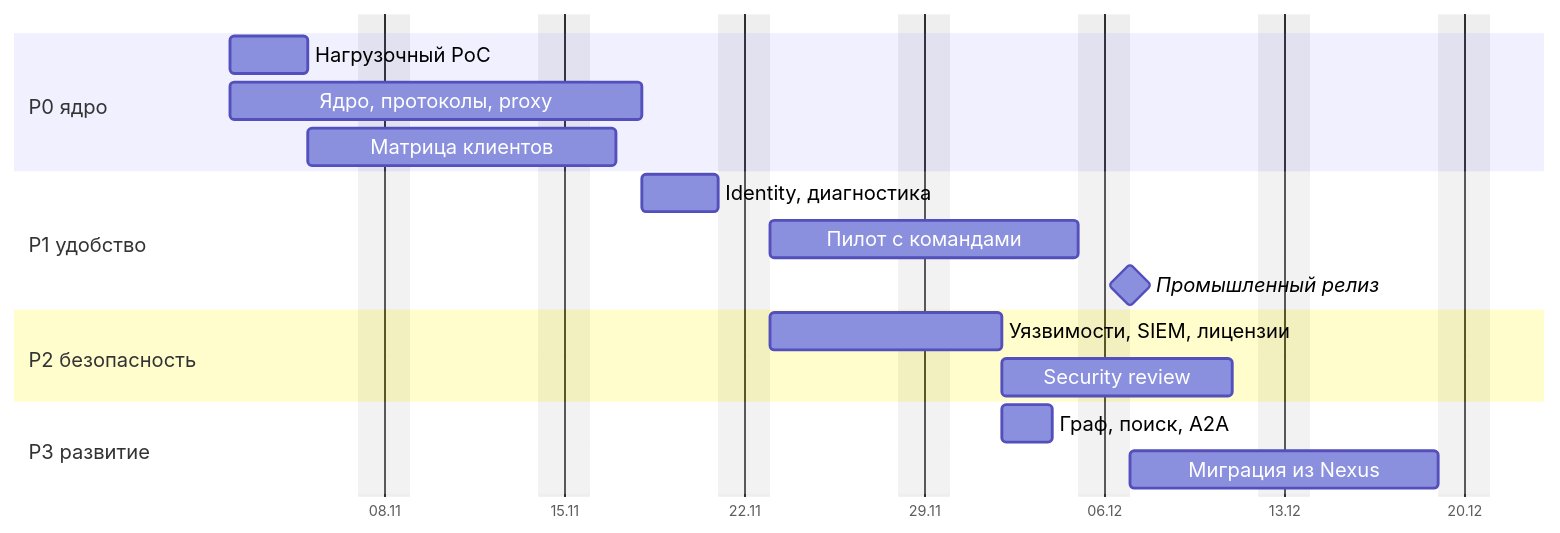
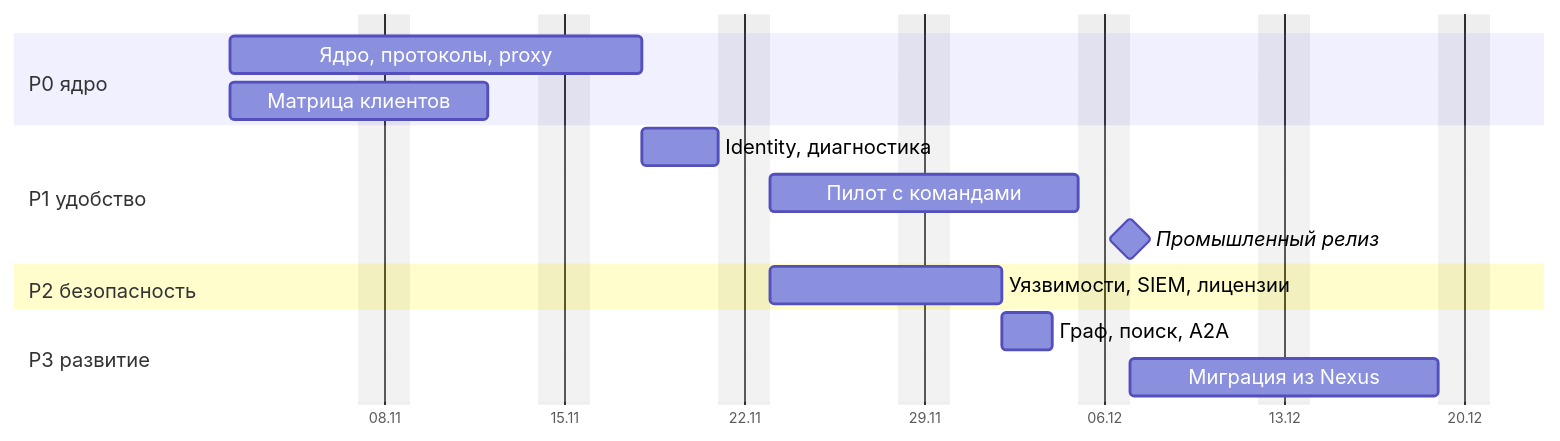
Before and after one commit to izevg/CRANE: the diagram in docs/product/18-plan-team-budget.md, drawn with Mermaid. The commit also changed other lines of this file and 12 other files, not shown here.

First line of the commit message:
docs(roadmap): move load testing and pentest post-v1, support backup and encryption via configuration (#26)

````diff
--- a/docs/product/18-plan-team-budget.md
+++ b/docs/product/18-plan-team-budget.md
@@ -77,22 +78,20 @@
 ```mermaid
 %%{init: {"gantt": {"fontSize": 14, "sectionFontSize": 14, "barHeight": 26, "barGap": 6, "leftPadding": 150}}}%%
 gantt
   todayMarker off
   dateFormat YYYY-MM-DD
   axisFormat %d.%m
   excludes weekends
   section P0 ядро
-  Нагрузочный PoC         :a1, 2026-11-02, 3d
   Ядро, протоколы, proxy  :a2, 2026-11-02, 12d
-  Матрица клиентов        :a3, after a1, 8d
+  Матрица клиентов        :a3, 2026-11-02, 8d
   section P1 удобство
   Identity, диагностика   :b1, after a2, 3d
   Пилот с командами       :b2, after b1, 10d
   Промышленный релиз      :milestone, m1, after b2, 0d
   section P2 безопасность
   Уязвимости, SIEM, лицензии :c1, after b1, 7d
-  Security review         :c2, after c1, 7d
   section P3 развитие
   Граф, поиск, A2A        :d1, after c1, 2d
   Миграция из Nexus       :d2, after m1, 10d
 ```
````
